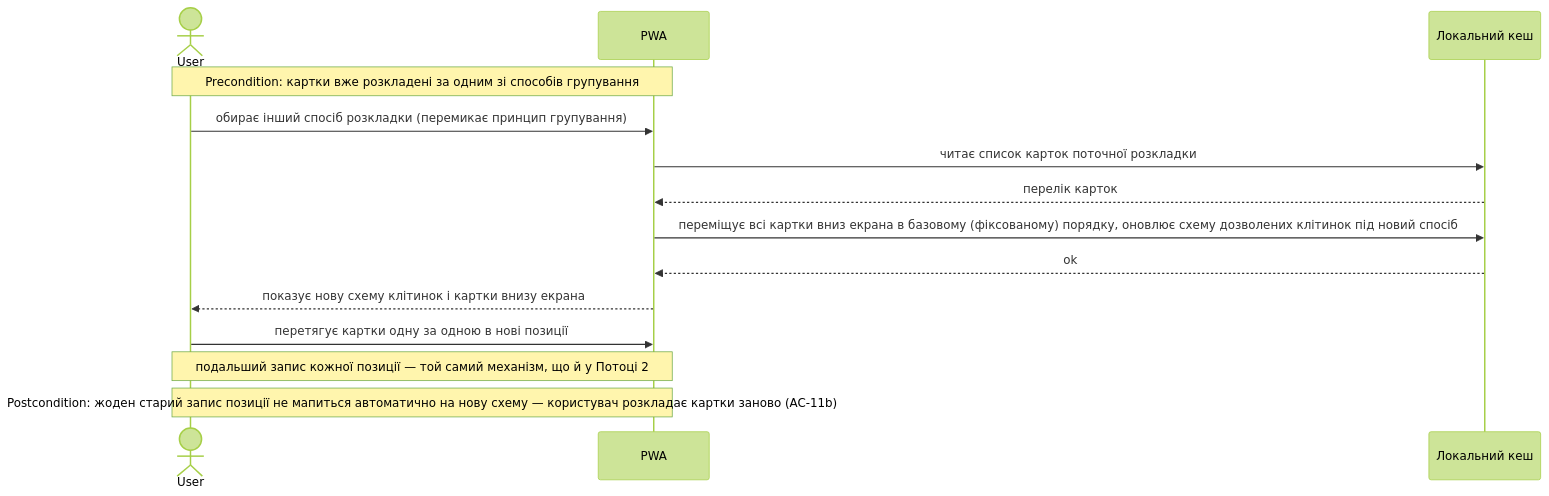
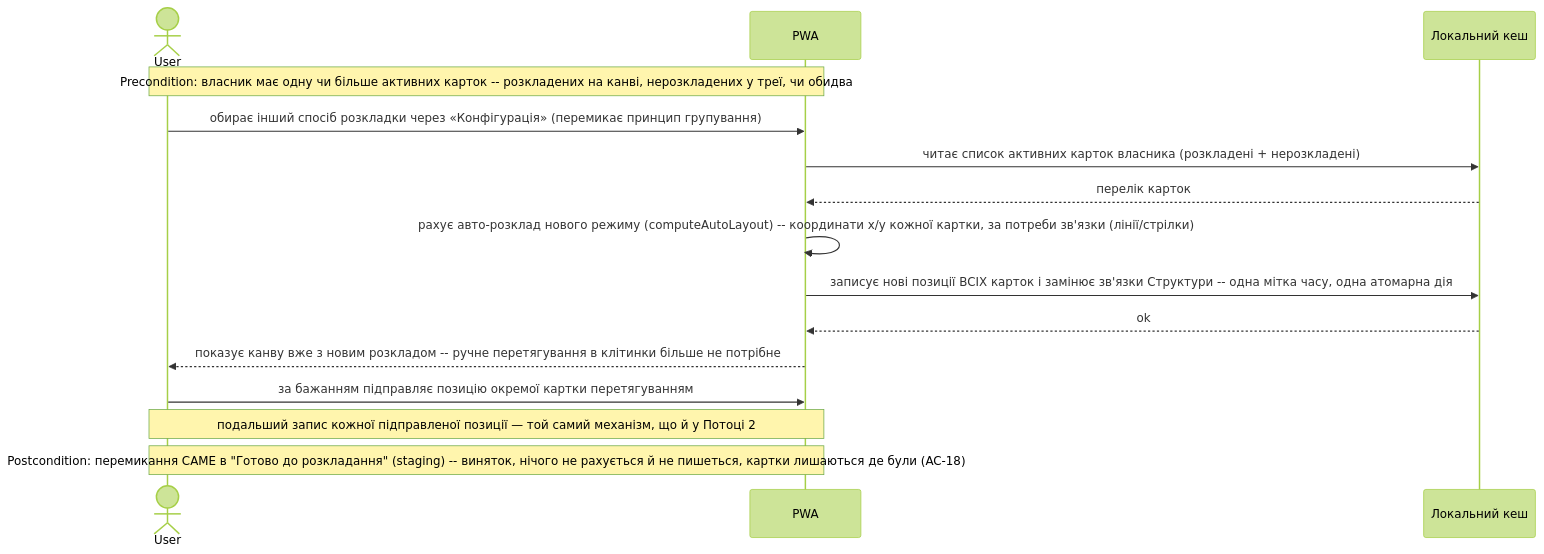
Diagram 11 of 11 in docs/features/structure/sad.md (danyllukandrey-cloud/claude-workspace), drawn with Mermaid (forest theme) before and after one commit. The commit also changed other lines of this file and 9 other files, not shown here.

````diff
--- a/docs/features/structure/sad.md
+++ b/docs/features/structure/sad.md
@@ -350,17 +343,18 @@
 ```mermaid
 sequenceDiagram
     actor User
     participant PWA
     participant Cache as Локальний кеш
 
-    Note over User,PWA: Precondition: картки вже розкладені за одним зі способів групування
-    User->>PWA: обирає інший спосіб розкладки (перемикає принцип групування)
-    PWA->>Cache: читає список карток поточної розкладки
+    Note over User,PWA: Precondition: власник має одну чи більше активних карток -- розкладених на канві, нерозкладених у треї, чи обидва
+    User->>PWA: обирає інший спосіб розкладки через «Конфігурація» (перемикає принцип групування)
+    PWA->>Cache: читає список активних карток власника (розкладені + нерозкладені)
     Cache-->>PWA: перелік карток
-    PWA->>Cache: переміщує всі картки вниз екрана в базовому (фіксованому) порядку, оновлює схему дозволених клітинок під новий спосіб
+    PWA->>PWA: рахує авто-розклад нового режиму (computeAutoLayout) -- координати x/y кожної картки, за потреби зв'язки (лінії/стрілки)
+    PWA->>Cache: записує нові позиції ВСІХ карток і замінює зв'язки Структури -- одна мітка часу, одна атомарна дія
     Cache-->>PWA: ok
-    PWA-->>User: показує нову схему клітинок і картки внизу екрана
-    User->>PWA: перетягує картки одну за одною в нові позиції
-    Note over User,PWA: подальший запис кожної позиції — той самий механізм, що й у Потоці 2
-    Note over User,PWA: Postcondition: жоден старий запис позиції не мапиться автоматично на нову схему — користувач розкладає картки заново (AC-11b)
+    PWA-->>User: показує канву вже з новим розкладом -- ручне перетягування в клітинки більше не потрібне
+    User->>PWA: за бажанням підправляє позицію окремої картки перетягуванням
+    Note over User,PWA: подальший запис кожної підправленої позиції — той самий механізм, що й у Потоці 2
+    Note over User,PWA: Postcondition: перемикання САМЕ в "Готово до розкладання" (staging) -- виняток, нічого не рахується й не пишеться, картки лишаються де були (AC-18)
 ```
````
